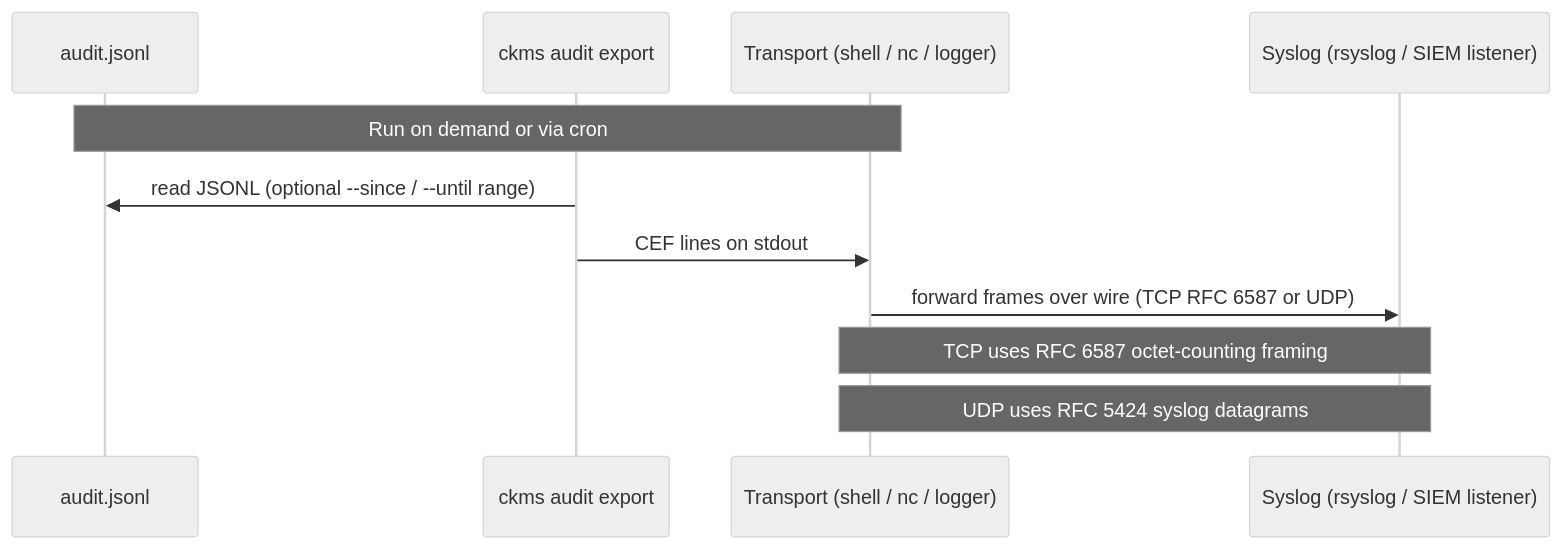
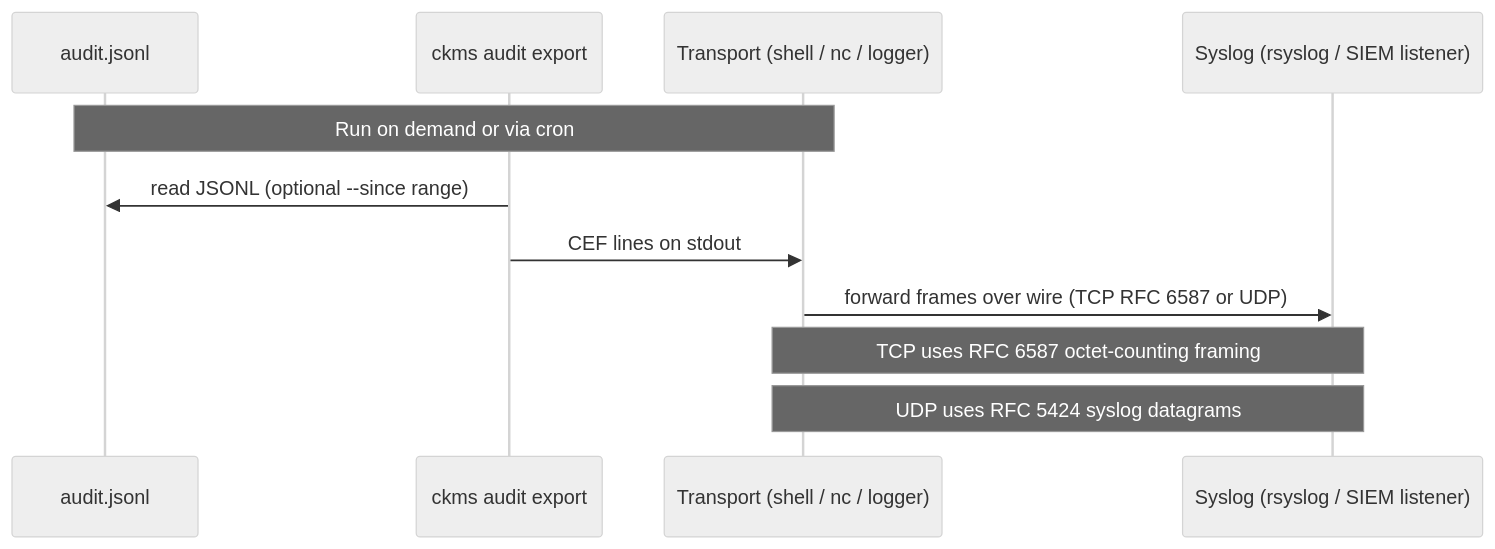
One commit to Cosmian/kms changed the second of 2 diagrams in documentation/docs/configuration/siems.md. Above: the diagram before and after it, drawn with Mermaid (neutral theme). The commit also changed other lines of this file and 15 other files, not shown here.

````diff
--- a/documentation/docs/configuration/siems.md
+++ b/documentation/docs/configuration/siems.md
@@ -51,14 +54,14 @@
 ```mermaid
 sequenceDiagram
     participant File as audit.jsonl
     participant ckms as ckms audit export
     participant Transport as Transport (shell / nc / logger)
     participant Syslog as Syslog (rsyslog / SIEM listener)
 
     Note over File,Transport: Run on demand or via cron
-    ckms->>File: read JSONL (optional --since / --until range)
+    ckms->>File: read JSONL (optional --since range)
     ckms->>Transport: CEF lines on stdout
     Transport->>Syslog: forward frames over wire (TCP RFC 6587 or UDP)
     Note over Transport,Syslog: TCP uses RFC 6587 octet-counting framing
     Note over Transport,Syslog: UDP uses RFC 5424 syslog datagrams
 ```
````
